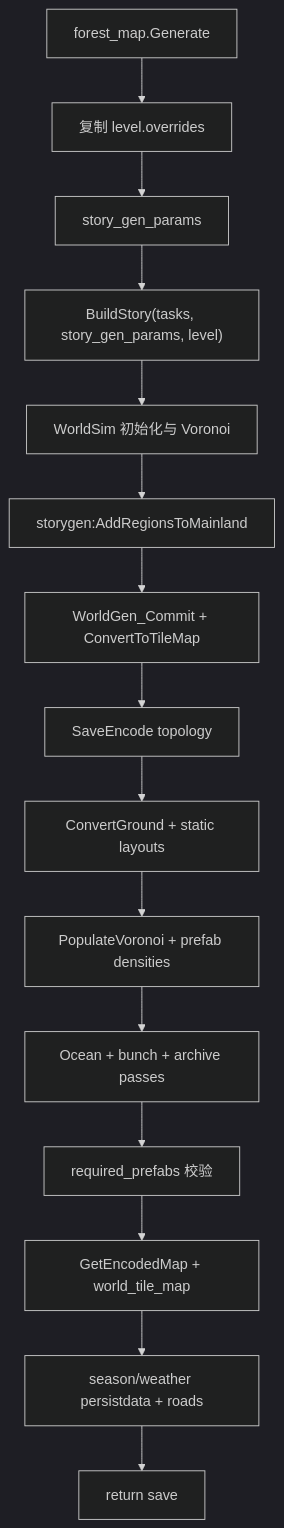
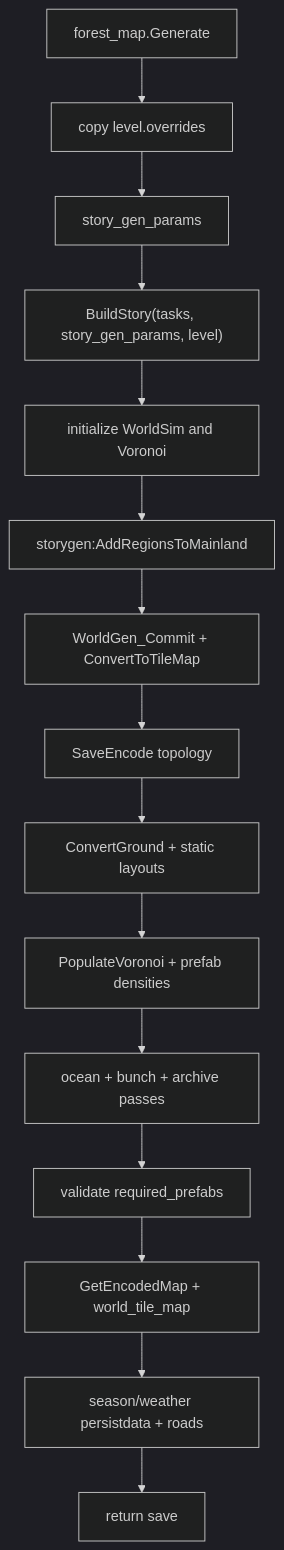
One commit to LetsStarveTogether/dst-server changed the diagram in dst-scripts/index/0x5000-world-simulation/0x5100-worldgen/0x5104-forest-map-output.md. Above: the diagram before and after it, drawn with Mermaid (dark theme). The commit also changed other lines of this file and 83 other files, not shown here.

```diff
--- a/dst-scripts/index/0x5000-world-simulation/0x5100-worldgen/0x5104-forest-map-output.md
+++ b/dst-scripts/index/0x5000-world-simulation/0x5100-worldgen/0x5104-forest-map-output.md
@@ -45,18 +50,18 @@
 ~~~mermaid
 flowchart TD
     A["forest_map.Generate"]
-    A --> B["复制 level.overrides"]
+    A --> B["copy level.overrides"]
     B --> C["story_gen_params"]
     C --> D["BuildStory(tasks, story_gen_params, level)"]
-    D --> E["WorldSim 初始化与 Voronoi"]
+    D --> E["initialize WorldSim and Voronoi"]
     E --> F["storygen:AddRegionsToMainland"]
     F --> G["WorldGen_Commit + ConvertToTileMap"]
     G --> H["SaveEncode topology"]
     H --> I["ConvertGround + static layouts"]
     I --> J["PopulateVoronoi + prefab densities"]
-    J --> K["Ocean + bunch + archive passes"]
-    K --> L["required_prefabs 校验"]
+    J --> K["ocean + bunch + archive passes"]
+    K --> L["validate required_prefabs"]
     L --> M["GetEncodedMap + world_tile_map"]
     M --> N["season/weather persistdata + roads"]
     N --> O["return save"]
 ~~~
```
